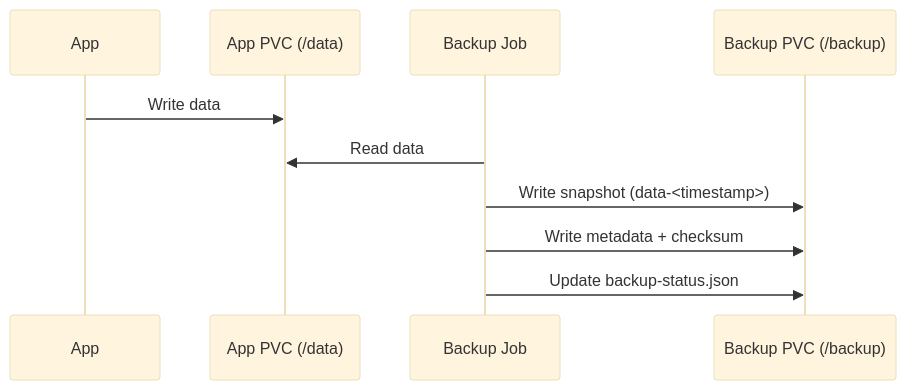
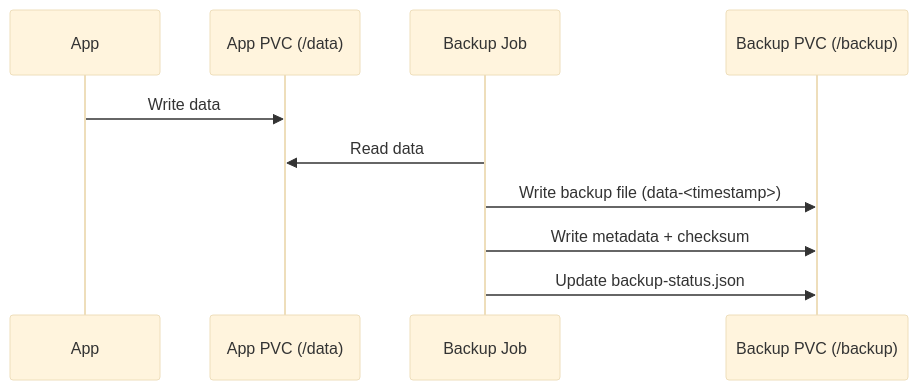
The second of 3 diagrams in README.md (samuelhajnik/kubernetes-backup-recovery-demo), drawn with Mermaid (base theme) before and after one commit. The commit also changed other lines of this file and 6 other files, not shown here.

````diff
--- a/README.md
+++ b/README.md
@@ -306,13 +381,13 @@
 ```mermaid
 sequenceDiagram
     participant App
     participant PVC as App PVC (/data)
     participant Backup as Backup Job
     participant Storage as Backup PVC (/backup)
 
     App->>PVC: Write data
     Backup->>PVC: Read data
-    Backup->>Storage: Write snapshot (data-<timestamp>)
+    Backup->>Storage: Write backup file (data-<timestamp>)
     Backup->>Storage: Write metadata + checksum
     Backup->>Storage: Update backup-status.json
 ```
````
